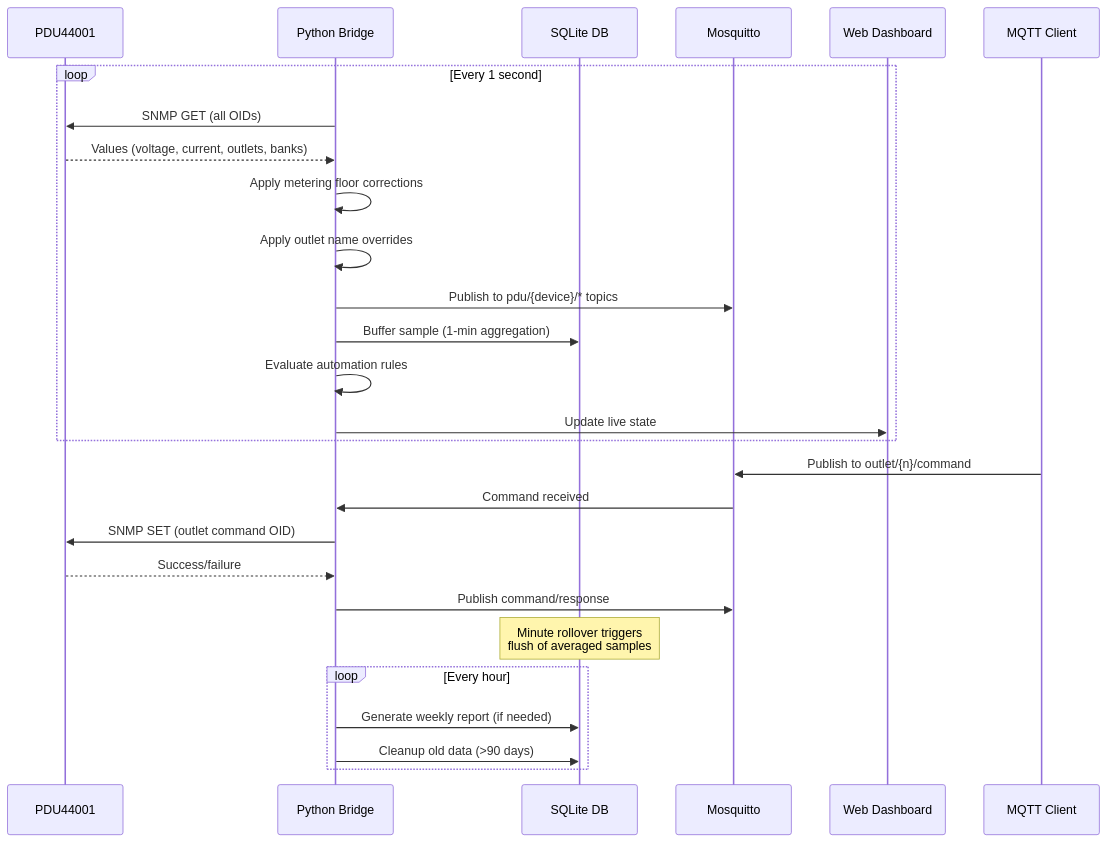
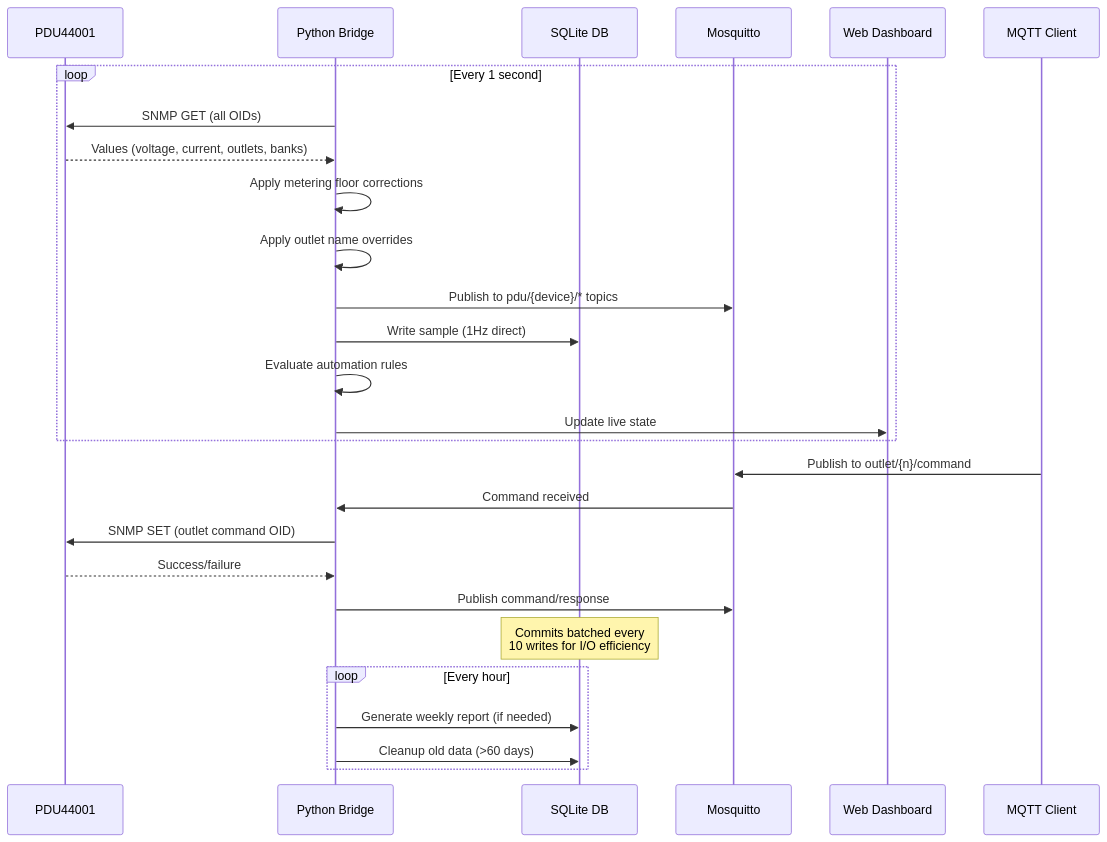
Before and after one commit to mvalancy/CyberPower-PDU: the second of 4 diagrams in docs/architecture.md, drawn with Mermaid. The commit also changed other lines of this file and 3 other files, not shown here.

````diff
--- a/docs/architecture.md
+++ b/docs/architecture.md
@@ -71,33 +138,33 @@
 ```mermaid
 sequenceDiagram
     participant PDU as PDU44001
     participant Bridge as Python Bridge
     participant SQLite as SQLite DB
     participant MQTT as Mosquitto
     participant Web as Web Dashboard
     participant Client as MQTT Client
 
     loop Every 1 second
         Bridge->>PDU: SNMP GET (all OIDs)
         PDU-->>Bridge: Values (voltage, current, outlets, banks)
         Bridge->>Bridge: Apply metering floor corrections
         Bridge->>Bridge: Apply outlet name overrides
         Bridge->>MQTT: Publish to pdu/{device}/* topics
-        Bridge->>SQLite: Buffer sample (1-min aggregation)
+        Bridge->>SQLite: Write sample (1Hz direct)
         Bridge->>Bridge: Evaluate automation rules
         Bridge->>Web: Update live state
     end
 
     Client->>MQTT: Publish to outlet/{n}/command
     MQTT->>Bridge: Command received
     Bridge->>PDU: SNMP SET (outlet command OID)
     PDU-->>Bridge: Success/failure
     Bridge->>MQTT: Publish command/response
 
-    Note over SQLite: Minute rollover triggers<br/>flush of averaged samples
+    Note over SQLite: Commits batched every<br/>10 writes for I/O efficiency
 
     loop Every hour
         Bridge->>SQLite: Generate weekly report (if needed)
-        Bridge->>SQLite: Cleanup old data (>90 days)
+        Bridge->>SQLite: Cleanup old data (>60 days)
     end
 ```
````
